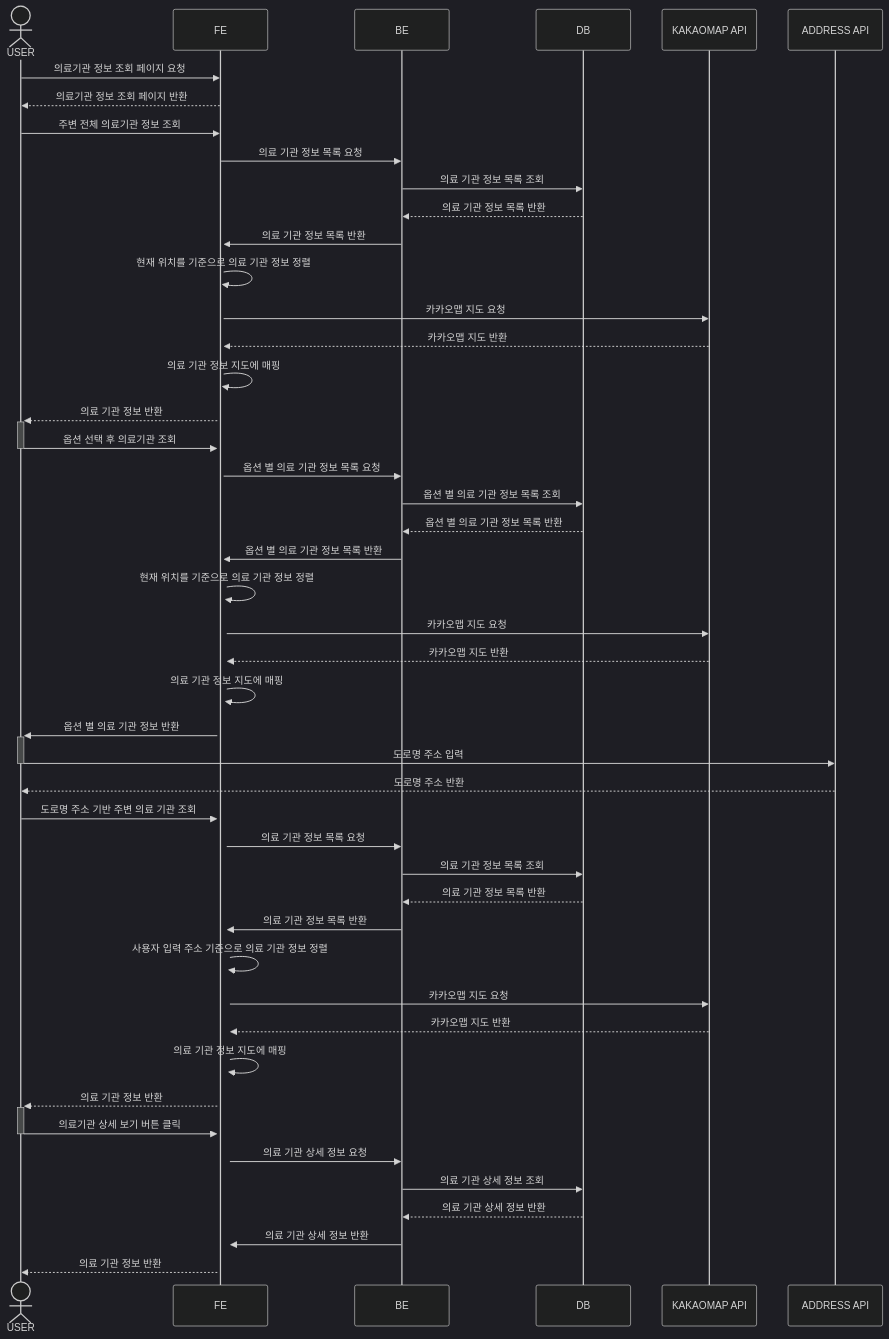
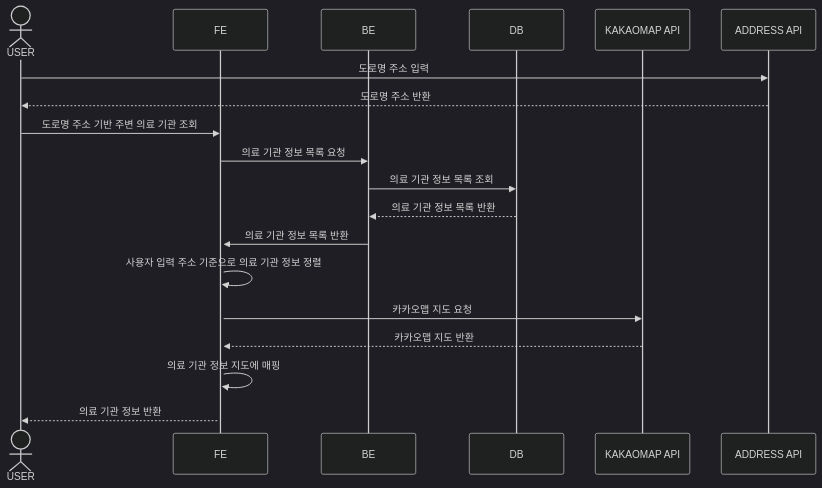
One commit to team-helloz/Lemonaid changed the third of 12 diagrams in 산출물/Sequence Diagram_md_ver.md. Above: the diagram before and after it, drawn with Mermaid (dark theme). The commit also changed other lines of this file and 11 other files, not shown here.

Commit message:
docs : 시퀀스 다이어그램 수정

````diff
--- a/산출물/Sequence Diagram_md_ver.md
+++ b/산출물/Sequence Diagram_md_ver.md
@@ -5,53 +53,22 @@
 ```mermaid
 sequenceDiagram
 	actor U as USER
 	participant F as FE
 	participant B as BE
 	participant D as DB
 	participant K as KAKAOMAP API
 	participant J as ADDRESS API
 
-	U->>F: 의료기관 정보 조회 페이지 요청
-	F-->>U: 의료기관 정보 조회 페이지 반환
-	U->>F: 주변 전체 의료기관 정보 조회
-	F->>B: 의료 기관 정보 목록 요청
-	B->>D: 의료 기관 정보 목록 조회
-	D-->>B: 의료 기관 정보 목록 반환
-	B->>+F: 의료 기관 정보 목록 반환
-	F->>F: 현재 위치를 기준으로 의료 기관 정보 정렬
-	F->>K: 카카오맵 지도 요청
-	K-->>F: 카카오맵 지도 반환
-	F->>F: 의료 기관 정보 지도에 매핑
-	F-->>+U: 의료 기관 정보 반환
-
-	U->>-F: 옵션 선택 후 의료기관 조회
-	F->>B: 옵션 별 의료 기관 정보 목록 요청
-	B->>D: 옵션 별 의료 기관 정보 목록 조회
-	D-->>B: 옵션 별 의료 기관 정보 목록 반환
-	B->>+F: 옵션 별 의료 기관 정보 목록 반환
-	F->>F: 현재 위치를 기준으로 의료 기관 정보 정렬
-	F->>K: 카카오맵 지도 요청
-	K-->>F: 카카오맵 지도 반환
-	F->>F: 의료 기관 정보 지도에 매핑
-	F->>+U: 옵션 별 의료 기관 정보 반환
-
-	U->>-J: 도로명 주소 입력
+	U->>J: 도로명 주소 입력
 	J-->>U: 도로명 주소 반환
 	U->>F: 도로명 주소 기반 주변 의료 기관 조회
 	F->>B: 의료 기관 정보 목록 요청
 	B->>D: 의료 기관 정보 목록 조회
 	D-->>B: 의료 기관 정보 목록 반환
 	B->>+F: 의료 기관 정보 목록 반환
 	F->>F: 사용자 입력 주소 기준으로 의료 기관 정보 정렬
 	F->>K: 카카오맵 지도 요청
 	K-->>F: 카카오맵 지도 반환
 	F->>F: 의료 기관 정보 지도에 매핑
-	F-->>+U: 의료 기관 정보 반환
-
-	U->>-F: 의료기관 상세 보기 버튼 클릭
-	F->>B: 의료 기관 상세 정보 요청
-	B->>D: 의료 기관 상세 정보 조회
-	D-->>B: 의료 기관 상세 정보 반환
-	B->>F: 의료 기관 상세 정보 반환
 	F-->>U: 의료 기관 정보 반환
 ```
````
